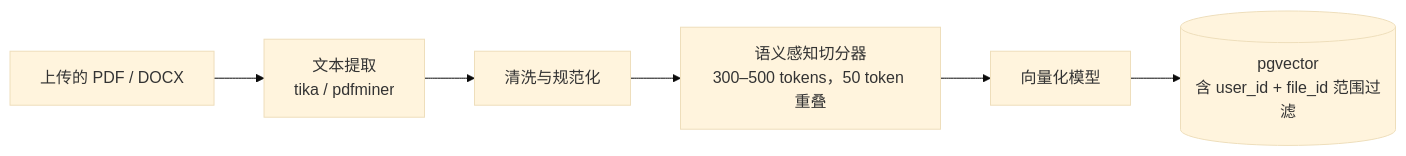
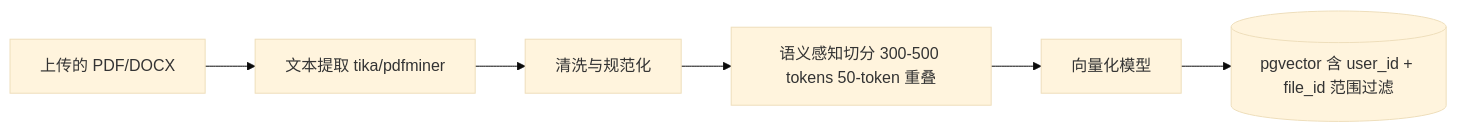
One commit to 2635088459/CouncilBI-A-Governed-Multi-Agent-Platform-for-Enterprise-Decision-Intelligence changed the second of 3 diagrams in system_design/final-version/zh-CN/10-user-file-upload-and-hybrid-analysis.zh-CN.md. Above: the diagram before and after it, drawn with Mermaid (base theme). The commit also changed other lines of this file and 178 other files, not shown here.

````diff
--- a/system_design/final-version/zh-CN/10-user-file-upload-and-hybrid-analysis.zh-CN.md
+++ b/system_design/final-version/zh-CN/10-user-file-upload-and-hybrid-analysis.zh-CN.md
@@ -230,8 +230,8 @@
 ```mermaid
 flowchart LR
-    FILE[上传的 PDF / DOCX] --> EXTRACT[文本提取\ntika / pdfminer]
-    EXTRACT --> CLEAN[清洗与规范化]
-    CLEAN --> CHUNK[语义感知切分器\n300–500 tokens，50 token 重叠]
-    CHUNK --> EMB[向量化模型]
-    EMB --> STORE[(pgvector\n含 user_id + file_id 范围过滤)]
+    FILE["上传的 PDF/DOCX"] --> EXTRACT["文本提取 tika/pdfminer"]
+    EXTRACT --> CLEAN["清洗与规范化"]
+    CLEAN --> CHUNK["语义感知切分 300-500 tokens 50-token 重叠"]
+    CHUNK --> EMB["向量化模型"]
+    EMB --> STORE[("pgvector 含 user_id + file_id 范围过滤")]
 ```
````
